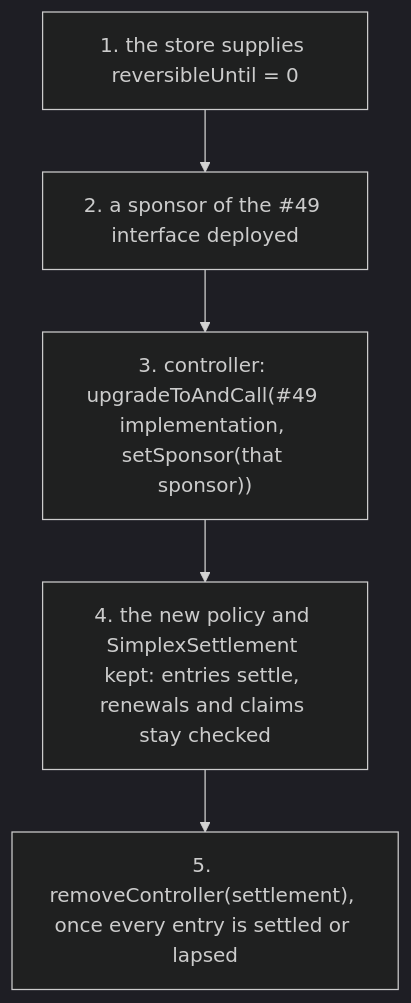
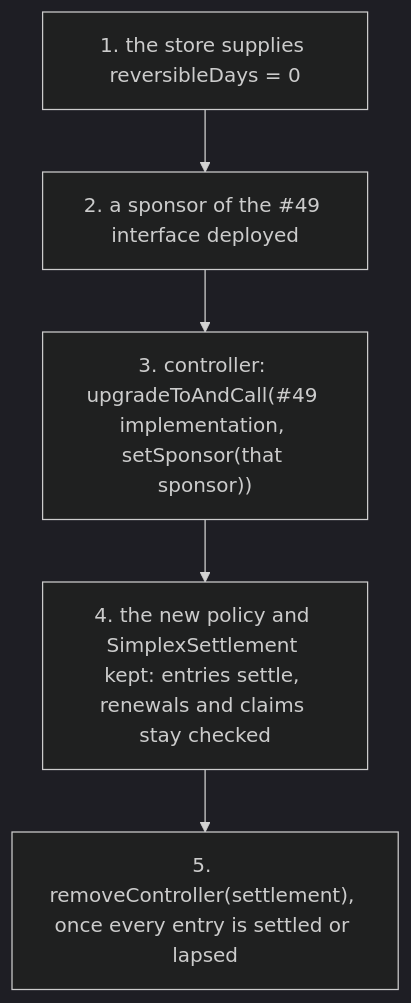
Before and after one commit to brenzi-agent/simplex-namespace-contract: the sixth of 7 diagrams in docs/plans/payment-reversal.md, drawn with Mermaid (dark theme). The commit also changed other lines of this file, not shown here.

Commit message:
docs: reversible days, claim flow and sales gate in the plan

````diff
--- a/docs/plans/payment-reversal.md
+++ b/docs/plans/payment-reversal.md
@@ -331,7 +370,7 @@
 ```mermaid
 flowchart TD
-  r1["1. the store supplies reversibleUntil = 0"] --> r2["2. a sponsor of the #49 interface deployed"]
+  r1["1. the store supplies reversibleDays = 0"] --> r2["2. a sponsor of the #49 interface deployed"]
   r2 --> r3["3. controller: upgradeToAndCall(#49 implementation, setSponsor(that sponsor))"]
   r3 --> r4["4. the new policy and SimplexSettlement kept: entries settle, renewals and claims stay checked"]
   r4 --> r5["5. removeController(settlement), once every entry is settled or lapsed"]
 ```
````
